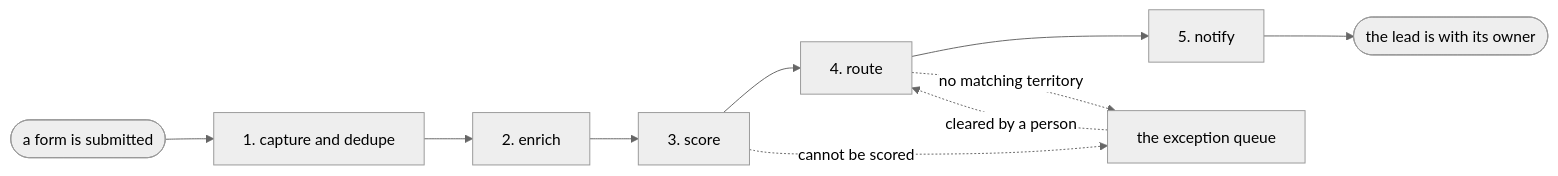
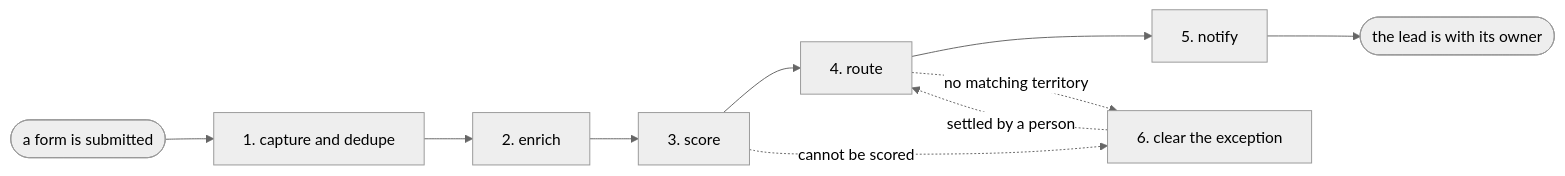
The diagram in processes/marketing/lead-routing.md (jeffrschneider/agentcatalog), drawn with Mermaid (neutral theme) before and after one commit. The commit also changed other lines of this file and 135 other files, not shown here.

````diff
--- a/processes/marketing/lead-routing.md
+++ b/processes/marketing/lead-routing.md
@@ -29,12 +33,12 @@
 ```mermaid
 flowchart LR
   T([a form is submitted]) --> A1[1. capture and dedupe]
   A1 --> A2[2. enrich]
   A2 --> A3[3. score]
   A3 --> A4[4. route]
   A4 --> A5[5. notify]
   A5 --> DONE([the lead is with its owner])
-  A3 -. cannot be scored .-> EX[the exception queue]
-  A4 -. no matching territory .-> EX
-  EX -. cleared by a person .-> A4
+  A3 -. cannot be scored .-> A6[6. clear the exception]
+  A4 -. no matching territory .-> A6
+  A6 -. settled by a person .-> A4
 ```
````
